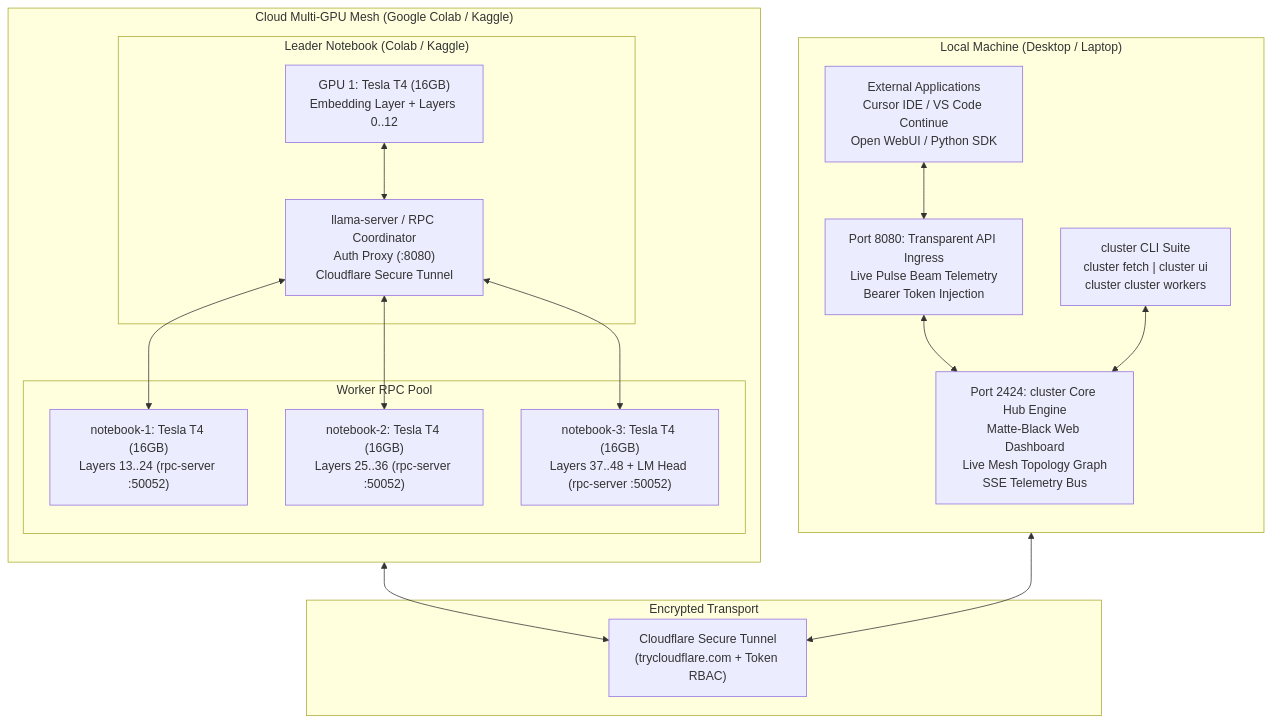
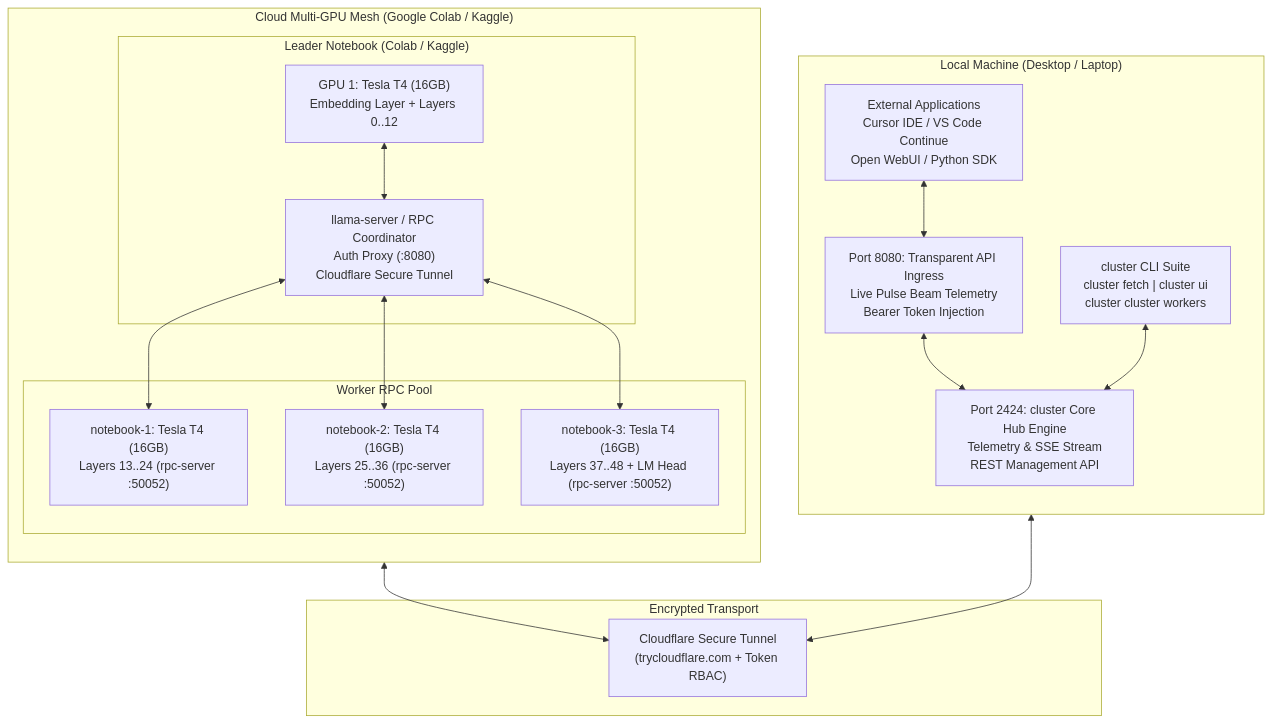
The diagram in README.md (berlin-566/cluster), drawn with Mermaid before and after one commit. The commit also changed other lines of this file and 15 other files, not shown here.

Commit message:
feat(cluster): fix worker deadlock with RLock, implement dynamic 1..N layer sharding, remove fake mock data, and enable real live TUI telemetry

````diff
--- a/README.md
+++ b/README.md
@@ -32,40 +32,40 @@
 ```mermaid
 flowchart TD
     subgraph CloudMesh["Cloud Multi-GPU Mesh (Google Colab / Kaggle)"]
         direction TB
         subgraph Leader["Leader Notebook (Colab / Kaggle)"]
             LEADER_GPU["GPU 1: Tesla T4 (16GB)<br/>Embedding Layer + Layers 0..12"]
             LEADER_ORCH["llama-server / RPC Coordinator<br/>Auth Proxy (:8080)<br/>Cloudflare Secure Tunnel"]
         end
 
         subgraph Workers["Worker RPC Pool"]
             W1["notebook-1: Tesla T4 (16GB)<br/>Layers 13..24 (rpc-server :50052)"]
             W2["notebook-2: Tesla T4 (16GB)<br/>Layers 25..36 (rpc-server :50052)"]
             W3["notebook-3: Tesla T4 (16GB)<br/>Layers 37..48 + LM Head (rpc-server :50052)"]
         end
 
         LEADER_GPU <--> LEADER_ORCH
         LEADER_ORCH <--> W1
         LEADER_ORCH <--> W2
         LEADER_ORCH <--> W3
     end
 
     subgraph Internet["Encrypted Transport"]
         TUNNEL["Cloudflare Secure Tunnel<br/>(trycloudflare.com + Token RBAC)"]
     end
 
     subgraph LocalMachine["Local Machine (Desktop / Laptop)"]
         direction TB
-        HUB["Port 2424: cluster Core Hub Engine<br/>Matte-Black Web Dashboard<br/>Live Mesh Topology Graph<br/>SSE Telemetry Bus"]
+        HUB["Port 2424: cluster Core Hub Engine<br/>Telemetry & SSE Stream<br/>REST Management API"]
         PROXY["Port 8080: Transparent API Ingress<br/>Live Pulse Beam Telemetry<br/>Bearer Token Injection"]
         CLI["cluster CLI Suite<br/>cluster fetch | cluster ui<br/>cluster cluster workers"]
         CLIENTS["External Applications<br/>Cursor IDE / VS Code Continue<br/>Open WebUI / Python SDK"]
 
         CLIENTS <--> PROXY
         PROXY <--> HUB
         CLI <--> HUB
         HUB <--> TUNNEL
     end
 
     CloudMesh <--> TUNNEL
 ```
````
